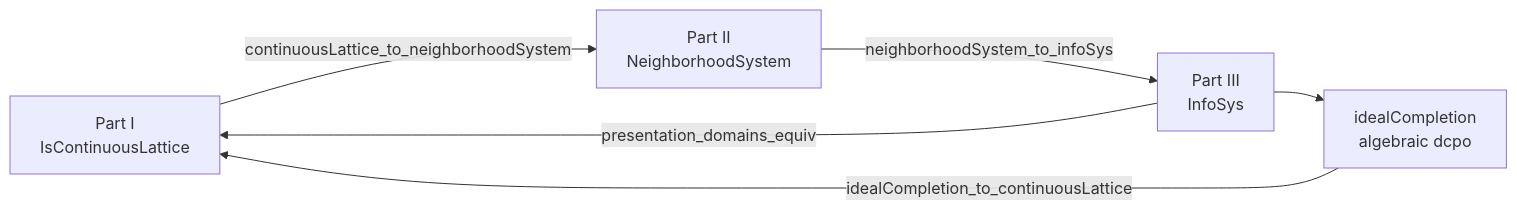
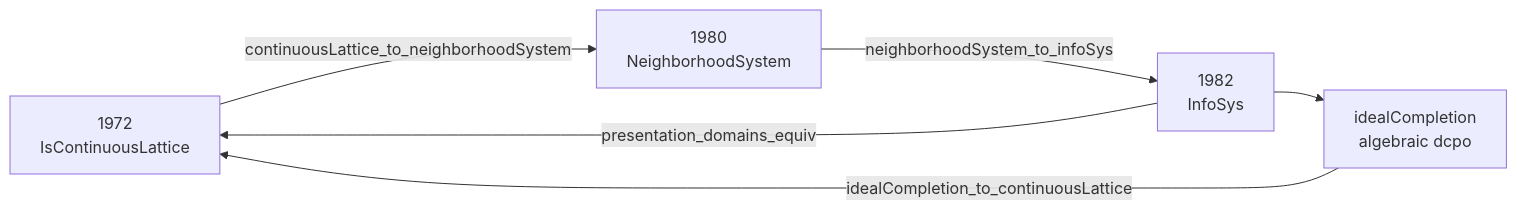
Before and after one commit to catskillsresearch/scott_models: the diagram in arxiv.md, drawn with Mermaid. The commit also changed other lines of this file and 7 other files, not shown here.

First line of the commit message:
Prove neighborhoodSystem_to_infoSys with a constructive domain iso.

````diff
--- a/arxiv.md
+++ b/arxiv.md
@@ -86,13 +16,13 @@
 ```mermaid
 flowchart LR
-  CL["Part I<br/>IsContinuousLattice"]
-  NB["Part II<br/>NeighborhoodSystem"]
-  INF["Part III<br/>InfoSys"]
+  CL["1972<br/>IsContinuousLattice"]
+  NB["1980<br/>NeighborhoodSystem"]
+  INF["1982<br/>InfoSys"]
   ALG["idealCompletion<br/>algebraic dcpo"]
 
   CL -->|"continuousLattice_to_neighborhoodSystem"| NB
   NB -->|"neighborhoodSystem_to_infoSys"| INF
   INF --> ALG
   ALG -->|"idealCompletion_to_continuousLattice"| CL
   INF -->|"presentation_domains_equiv"| CL
 ```
````
